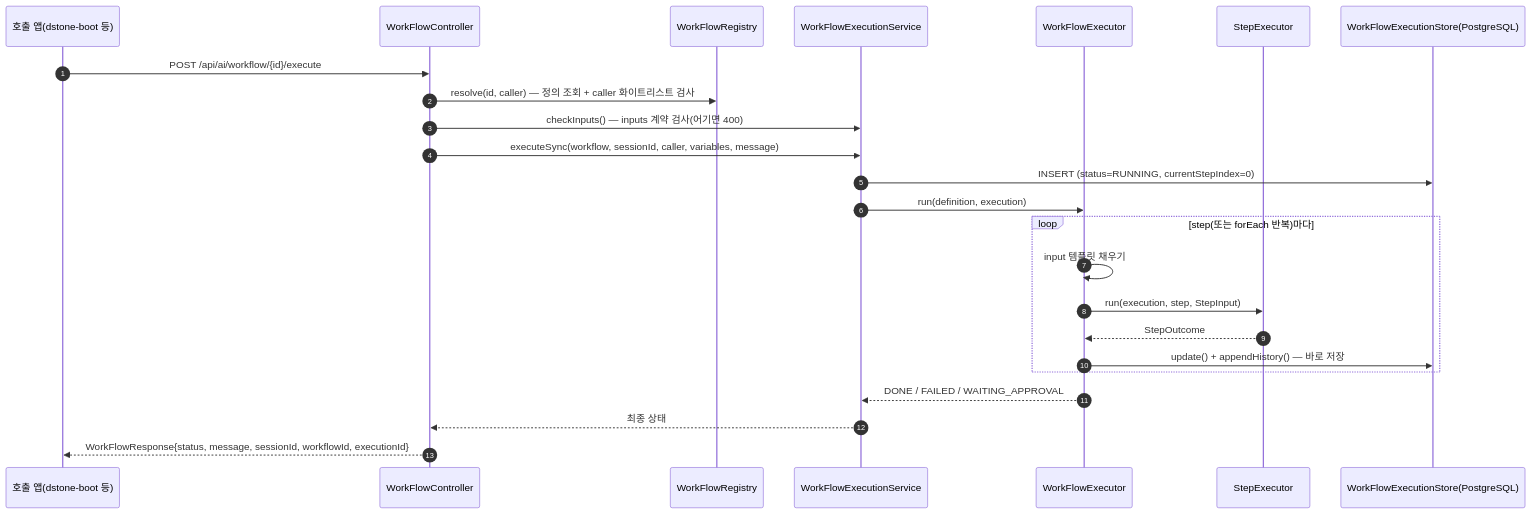
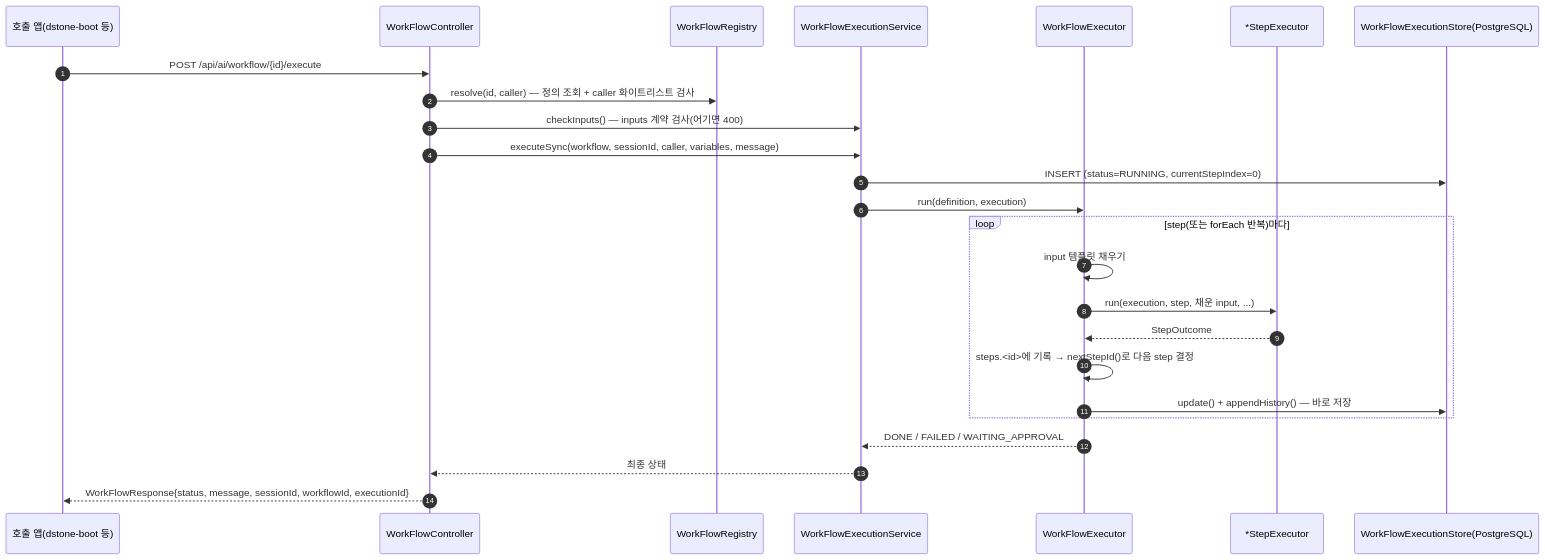
One commit to YongSoekChoeng/dstone changed the third of 10 diagrams in docs/09.dstone-ai-engine.md. Above: the diagram before and after it, drawn with Mermaid. The commit also changed other lines of this file and 42 other files, not shown here.

````diff
--- a/docs/09.dstone-ai-engine.md
+++ b/docs/09.dstone-ai-engine.md
@@ -232,27 +234,28 @@
 ```mermaid
 sequenceDiagram
     autonumber
     participant C as 호출 앱(dstone-boot 등)
     participant WC as WorkFlowController
     participant WR as WorkFlowRegistry
     participant WS as WorkFlowExecutionService
     participant WE as WorkFlowExecutor
-    participant SR as StepExecutor
+    participant SR as *StepExecutor
     participant ST as WorkFlowExecutionStore(PostgreSQL)
 
     C->>WC: POST /api/ai/workflow/{id}/execute
     WC->>WR: resolve(id, caller) — 정의 조회 + caller 화이트리스트 검사
     WC->>WS: checkInputs() — inputs 계약 검사(어기면 400)
     WC->>WS: executeSync(workflow, sessionId, caller, variables, message)
     WS->>ST: INSERT (status=RUNNING, currentStepIndex=0)
     WS->>WE: run(definition, execution)
     loop step(또는 forEach 반복)마다
         WE->>WE: input 템플릿 채우기
-        WE->>SR: run(execution, step, StepInput)
+        WE->>SR: run(execution, step, 채운 input, ...)
         SR-->>WE: StepOutcome
+        WE->>WE: steps.<id>에 기록 → nextStepId()로 다음 step 결정
         WE->>ST: update() + appendHistory() — 바로 저장
     end
     WE-->>WS: DONE / FAILED / WAITING_APPROVAL
     WS-->>WC: 최종 상태
     WC-->>C: WorkFlowResponse{status, message, sessionId, workflowId, executionId}
 ```
````
